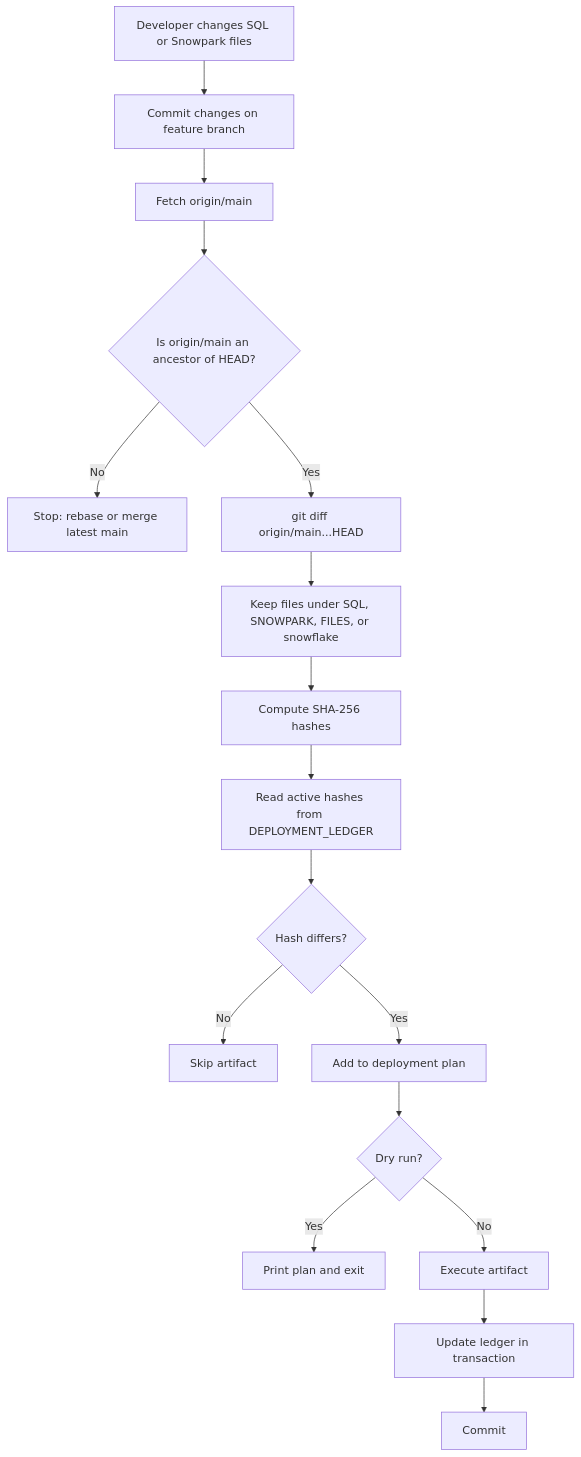
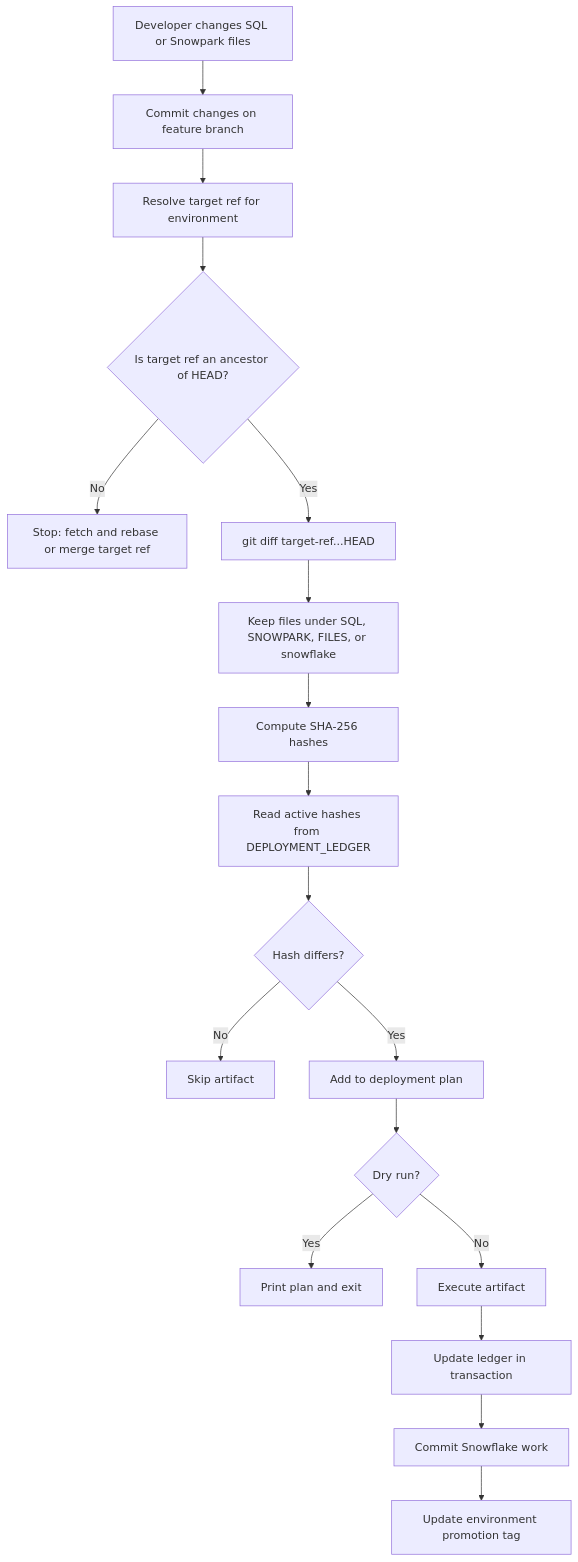
One commit to BasantNailwal/snowflake-dwh-pipelines changed the second of 10 diagrams in DEPLOYMENT_FLOW.md. Above: the diagram before and after it, drawn with Mermaid. The commit also changed other lines of this file and 1 other file, not shown here.

````diff
--- a/DEPLOYMENT_FLOW.md
+++ b/DEPLOYMENT_FLOW.md
@@ -7,19 +57,20 @@
 ```mermaid
 flowchart TD
     A[Developer changes SQL or Snowpark files] --> B[Commit changes on feature branch]
-    B --> C[Fetch origin/main]
-    C --> D{Is origin/main an ancestor of HEAD?}
-    D -- No --> E[Stop: rebase or merge latest main]
-    D -- Yes --> F[git diff origin/main...HEAD]
+    B --> C[Resolve target ref for environment]
+    C --> D{Is target ref an ancestor of HEAD?}
+    D -- No --> E[Stop: fetch and rebase or merge target ref]
+    D -- Yes --> F[git diff target-ref...HEAD]
     F --> G[Keep files under SQL, SNOWPARK, FILES, or snowflake]
     G --> H[Compute SHA-256 hashes]
     H --> I[Read active hashes from DEPLOYMENT_LEDGER]
     I --> J{Hash differs?}
     J -- No --> K[Skip artifact]
     J -- Yes --> L[Add to deployment plan]
     L --> M{Dry run?}
     M -- Yes --> N[Print plan and exit]
     M -- No --> O[Execute artifact]
     O --> P[Update ledger in transaction]
-    P --> Q[Commit]
+    P --> Q[Commit Snowflake work]
+    Q --> R[Update environment promotion tag]
 ```
````
